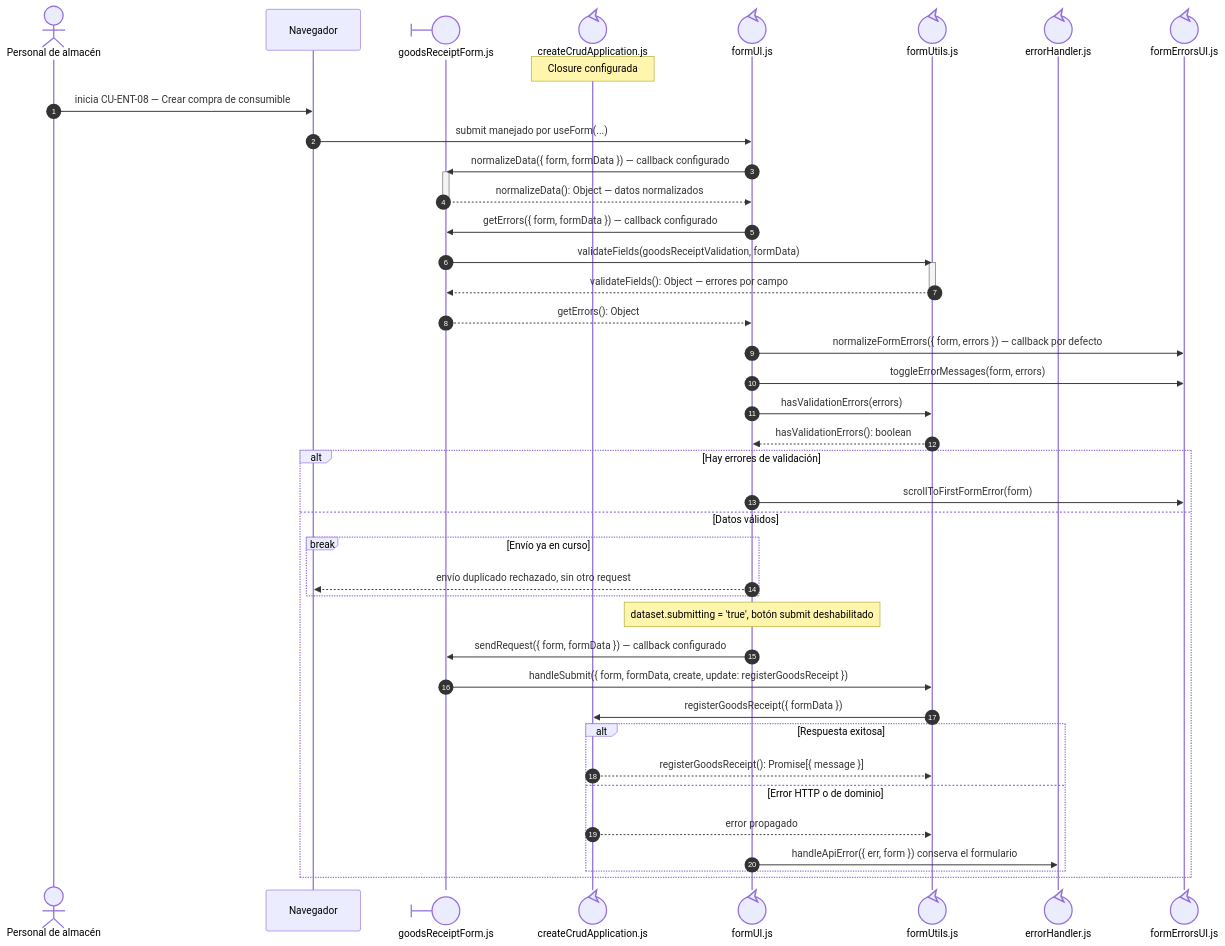
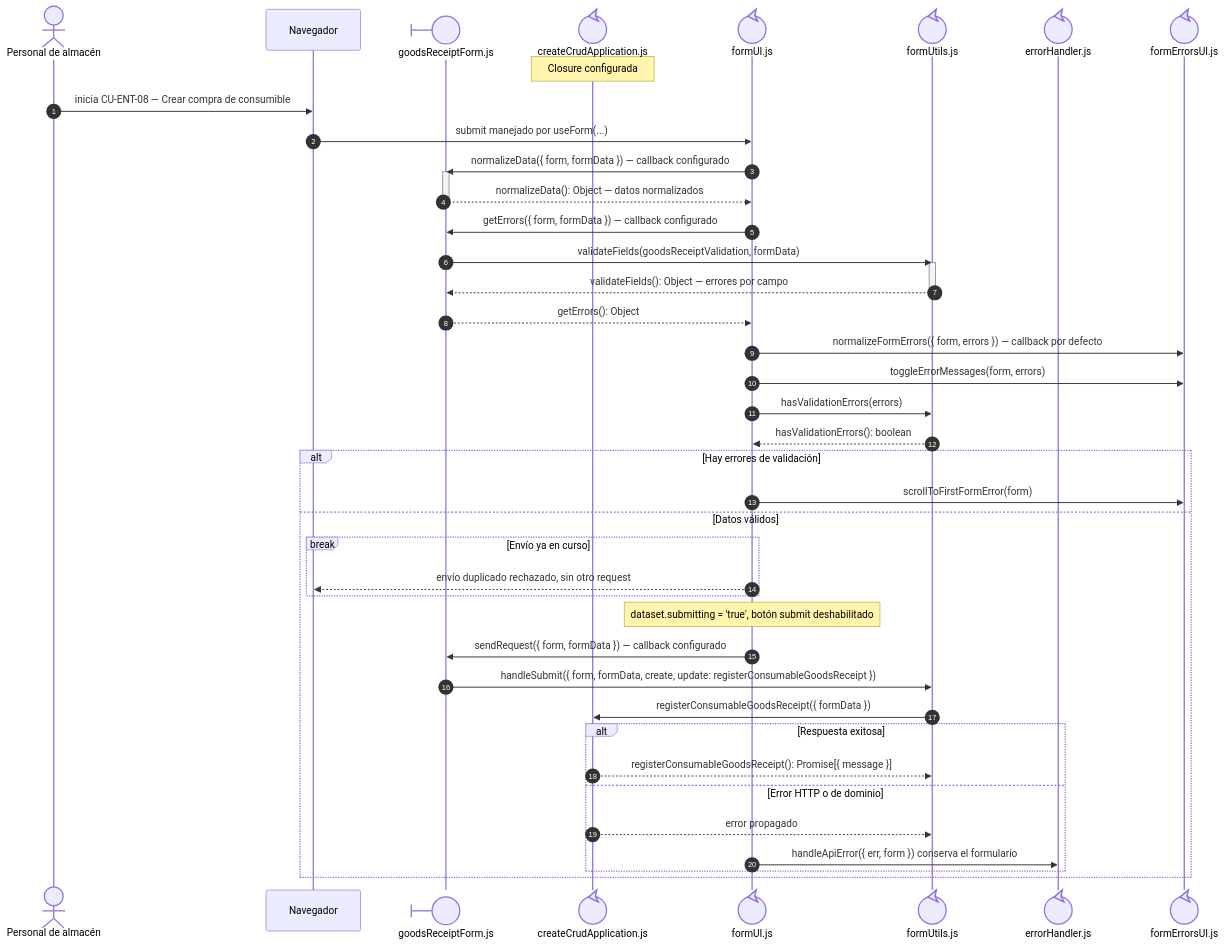
The second of 3 diagrams in docs/architecture/views/processes/frontend-code-sequences/purchases/cu-ent-08.md (gpgsistemas01/nexus), drawn with Mermaid before and after one commit. The commit also changed other lines of this file and 142 other files, not shown here.

````diff
--- a/docs/architecture/views/processes/frontend-code-sequences/purchases/cu-ent-08.md
+++ b/docs/architecture/views/processes/frontend-code-sequences/purchases/cu-ent-08.md
@@ -130,48 +131,48 @@
 ```mermaid
 sequenceDiagram
     autonumber
     actor Initiator as Personal de almacén
     participant Browser as Navegador
     participant View@{ "type": "boundary" } as goodsReceiptForm.js
     participant Application@{ "type": "control" } as createCrudApplication.js
     participant Form@{ "type": "control" } as formUI.js
     participant FormUtils@{ "type": "control" } as formUtils.js
 
     participant FileErrorHandler@{ "type": "control" } as errorHandler.js
     participant FileFormErrorsUI@{ "type": "control" } as formErrorsUI.js
 
     Note over Application: Closure configurada
     Initiator->>Browser: inicia CU-ENT-08 — Crear compra de consumible
     Browser->>Form: submit manejado por useForm(...)
     Form->>View: normalizeData({ form, formData }) — callback configurado
     activate View
     View-->>Form: normalizeData(): Object — datos normalizados
     deactivate View
     Form->>View: getErrors({ form, formData }) — callback configurado
     View->>FormUtils: validateFields(goodsReceiptValidation, formData)
     activate FormUtils
     FormUtils-->>View: validateFields(): Object — errores por campo
     deactivate FormUtils
     View-->>Form: getErrors(): Object
     Form->>FileFormErrorsUI: normalizeFormErrors({ form, errors }) — callback por defecto
     Form->>FileFormErrorsUI: toggleErrorMessages(form, errors)
     Form->>FormUtils: hasValidationErrors(errors)
     FormUtils-->>Form: hasValidationErrors(): boolean
     alt Hay errores de validación
         Form->>FileFormErrorsUI: scrollToFirstFormError(form)
     else Datos válidos
         break Envío ya en curso
             Form-->>Browser: envío duplicado rechazado, sin otro request
     end
         Note over Form: dataset.submitting = 'true', botón submit deshabilitado
         Form->>View: sendRequest({ form, formData }) — callback configurado
-        View->>FormUtils: handleSubmit({ form, formData, create, update: registerGoodsReceipt })
-        FormUtils->>Application: registerGoodsReceipt({ formData })
+        View->>FormUtils: handleSubmit({ form, formData, create, update: registerConsumableGoodsReceipt })
+        FormUtils->>Application: registerConsumableGoodsReceipt({ formData })
         alt Respuesta exitosa
-            Application-->>FormUtils: registerGoodsReceipt(): Promise[{ message }]
+            Application-->>FormUtils: registerConsumableGoodsReceipt(): Promise[{ message }]
         else Error HTTP o de dominio
             Application-->>FormUtils: error propagado
             Form->>FileErrorHandler: handleApiError({ err, form }) conserva el formulario
     end
     end
 ```
````
